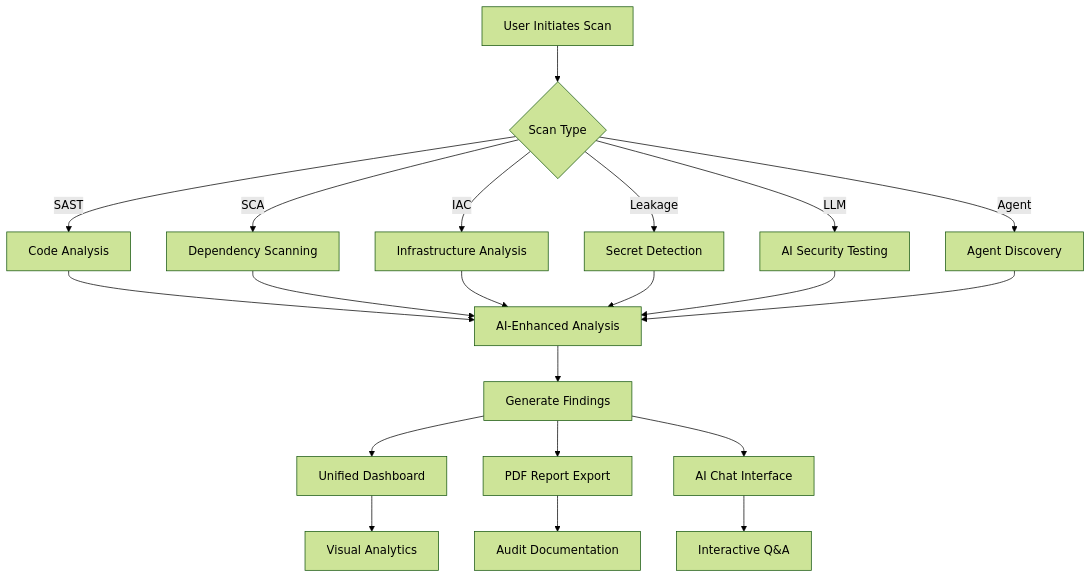
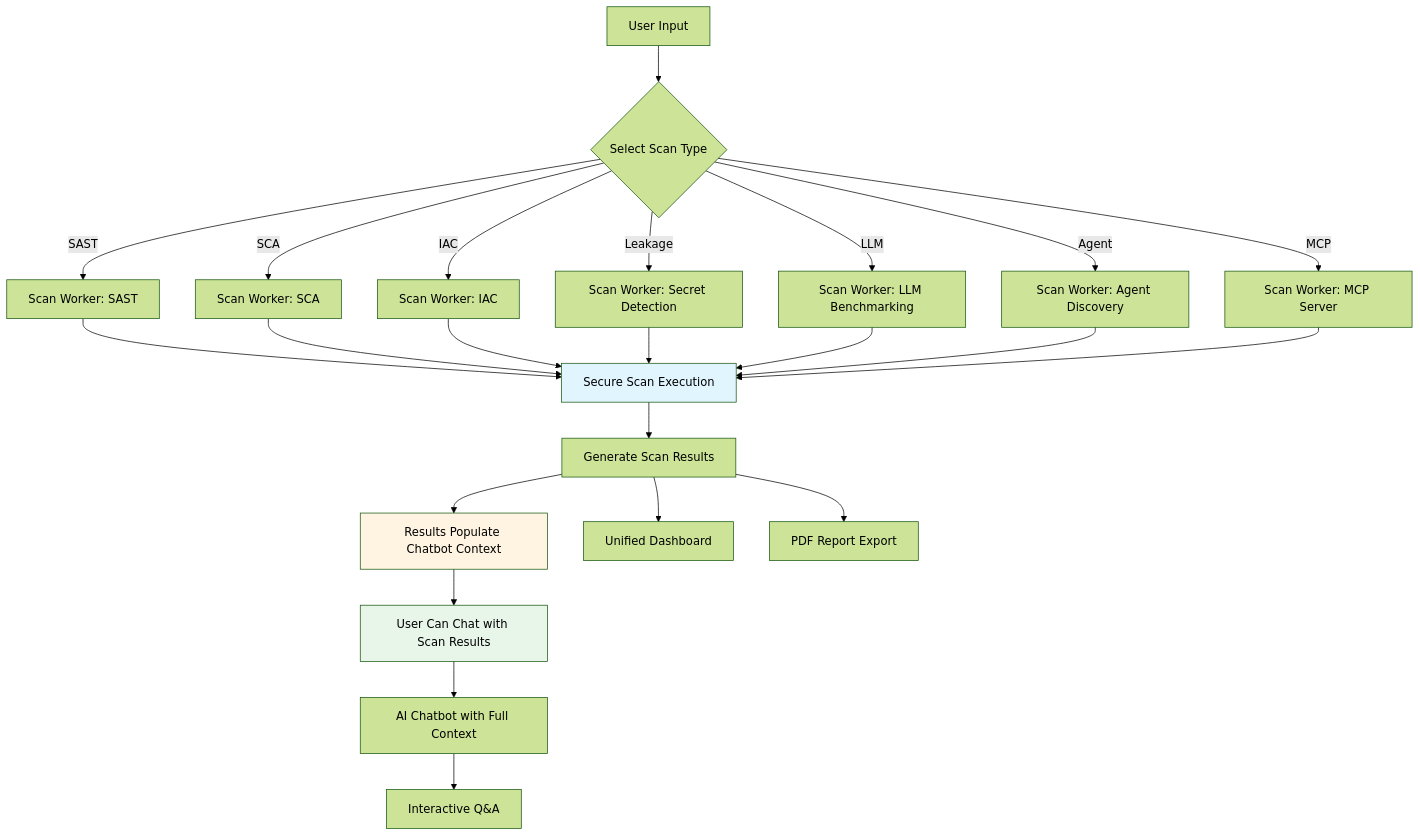
The first of 7 diagrams in Docs.md (CyberUltron-Consulting-Private-Limited/DevSecShield), drawn with Mermaid (forest theme) before and after one commit. The commit also changed other lines of this file, not shown here.

````diff
--- a/Docs.md
+++ b/Docs.md
@@ -83,26 +87,32 @@
 ```mermaid
 flowchart TD
-    A[User Initiates Scan] --> B{Scan Type}
-    B -->|SAST| C[Code Analysis]
-    B -->|SCA| D[Dependency Scanning]
-    B -->|IAC| E[Infrastructure Analysis]
-    B -->|Leakage| F[Secret Detection]
-    B -->|LLM| G[AI Security Testing]
-    B -->|Agent| H[Agent Discovery]
+    A[User Input] --> B{Select Scan Type}
+    B -->|SAST| C[Scan Worker: SAST]
+    B -->|SCA| D[Scan Worker: SCA]
+    B -->|IAC| E[Scan Worker: IAC]
+    B -->|Leakage| F[Scan Worker: Secret Detection]
+    B -->|LLM| G[Scan Worker: LLM Benchmarking]
+    B -->|Agent| H[Scan Worker: Agent Discovery]
+    B -->|MCP| I[Scan Worker: MCP Server]
     
-    C --> I[AI-Enhanced Analysis]
-    D --> I
-    E --> I
-    F --> I
-    G --> I
-    H --> I
+    C --> J[Secure Scan Execution]
+    D --> J
+    E --> J
+    F --> J
+    G --> J
+    H --> J
+    I --> J
     
-    I --> J[Generate Findings]
-    J --> K[Unified Dashboard]
-    J --> L[PDF Report Export]
-    J --> M[AI Chat Interface]
+    J --> K[Generate Scan Results]
+    K --> L[Results Populate Chatbot Context]
+    L --> M[User Can Chat with Scan Results]
+    M --> N[AI Chatbot with Full Context]
+    N --> O[Interactive Q&A]
     
-    K --> N[Visual Analytics]
-    M --> O[Interactive Q&A]
-    L --> P[Audit Documentation]
+    K --> P[Unified Dashboard]
+    K --> Q[PDF Report Export]
+    
+    style J fill:#e1f5ff
+    style L fill:#fff4e1
+    style M fill:#e8f5e9
 ```
````
